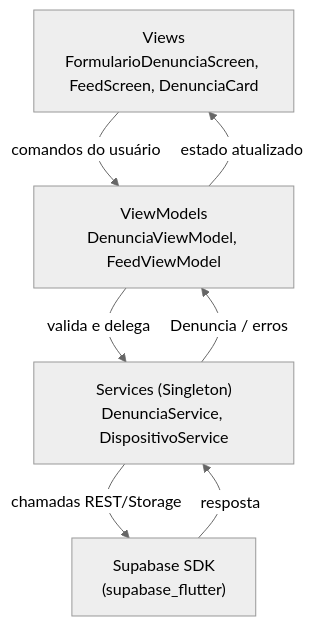
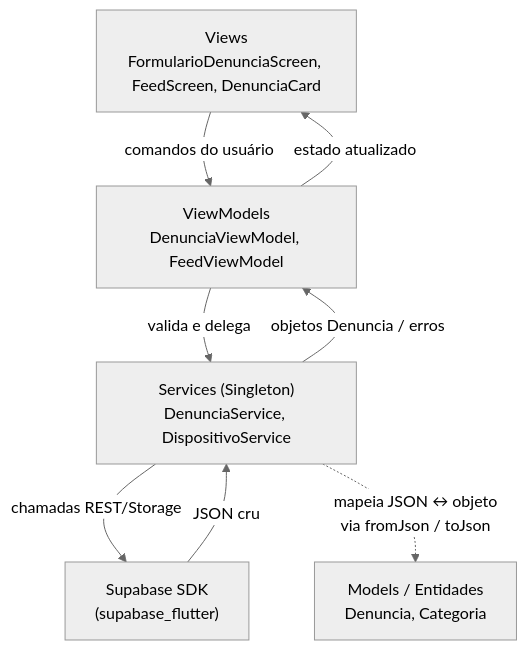
One commit to decarvalho33/reportero changed the third of 3 diagrams in README.md. Above: the diagram before and after it, drawn with Mermaid (neutral theme). The commit also changed other lines of this file, not shown here.

Commit message:
mvvm to mvvm+services docs update

````diff
--- a/README.md
+++ b/README.md
@@ -45,14 +49,16 @@
 ```mermaid
 graph TD
     V1["Views<br/>FormularioDenunciaScreen, FeedScreen, DenunciaCard"]
     VM1["ViewModels<br/>DenunciaViewModel, FeedViewModel"]
     S1["Services (Singleton)<br/>DenunciaService, DispositivoService"]
+    M1["Models / Entidades<br/>Denuncia, Categoria"]
     SDK["Supabase SDK<br/>(supabase_flutter)"]
 
     V1 -->|comandos do usuário| VM1
     VM1 -->|valida e delega| S1
     S1 -->|chamadas REST/Storage| SDK
-    SDK -->|resposta| S1
-    S1 -->|Denuncia / erros| VM1
+    SDK -->|JSON cru| S1
+    S1 -.->|mapeia JSON ↔ objeto<br/>via fromJson / toJson| M1
+    S1 -->|objetos Denuncia / erros| VM1
     VM1 -->|estado atualizado| V1
 ```
````
